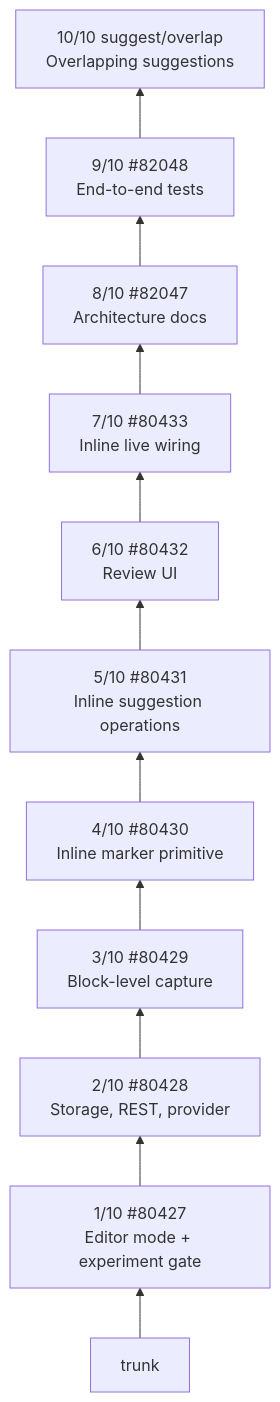
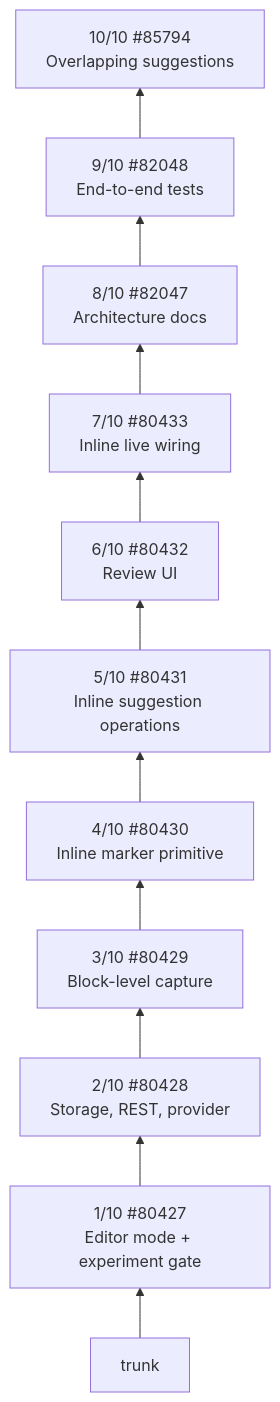
One commit to WordPress/gutenberg changed the second of 8 diagrams in docs/explanations/architecture/suggestions-overview.md. Above: the diagram before and after it, drawn with Mermaid. The commit also changed other lines of this file and 2 other files, not shown here.

Commit message:
Suggestion mode: Link the overlapping suggestions PR
The docs and changelog entries named the branch until the PR existed.

Claude-Session: https://claude.ai/code/session_018vwYjSML4Zz1mn6WAUrFyP

````diff
--- a/docs/explanations/architecture/suggestions-overview.md
+++ b/docs/explanations/architecture/suggestions-overview.md
@@ -83,15 +83,15 @@
 ```mermaid
 flowchart BT
     T["trunk"]
     P1["1/10 #80427<br/>Editor mode + experiment gate"]
     P2["2/10 #80428<br/>Storage, REST, provider"]
     P3["3/10 #80429<br/>Block-level capture"]
     P4["4/10 #80430<br/>Inline marker primitive"]
     P5["5/10 #80431<br/>Inline suggestion operations"]
     P6["6/10 #80432<br/>Review UI"]
     P7["7/10 #80433<br/>Inline live wiring"]
     P8["8/10 #82047<br/>Architecture docs"]
     P9["9/10 #82048<br/>End-to-end tests"]
-    P10["10/10 suggest/overlap<br/>Overlapping suggestions"]
+    P10["10/10 #85794<br/>Overlapping suggestions"]
     T --> P1 --> P2 --> P3 --> P4 --> P5 --> P6 --> P7 --> P8 --> P9 --> P10
 ```
````
